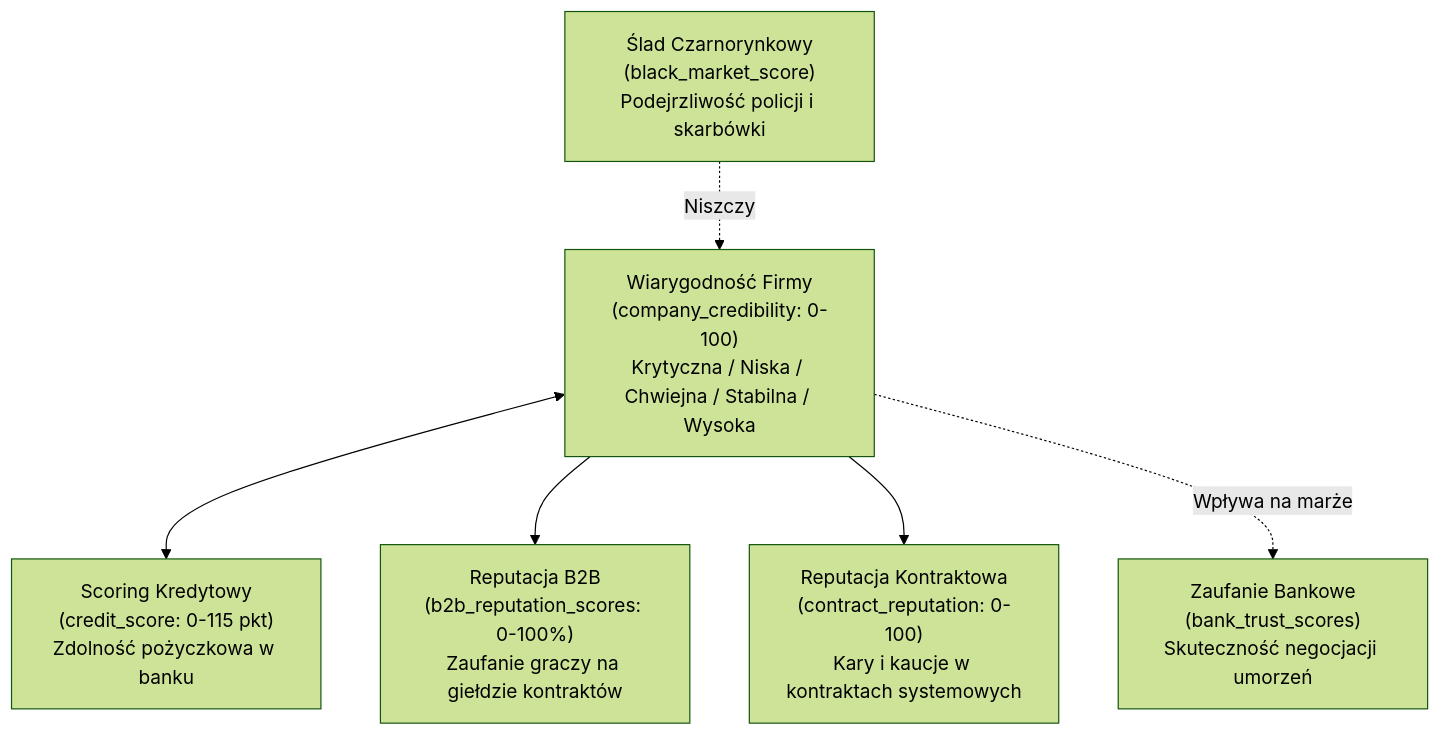
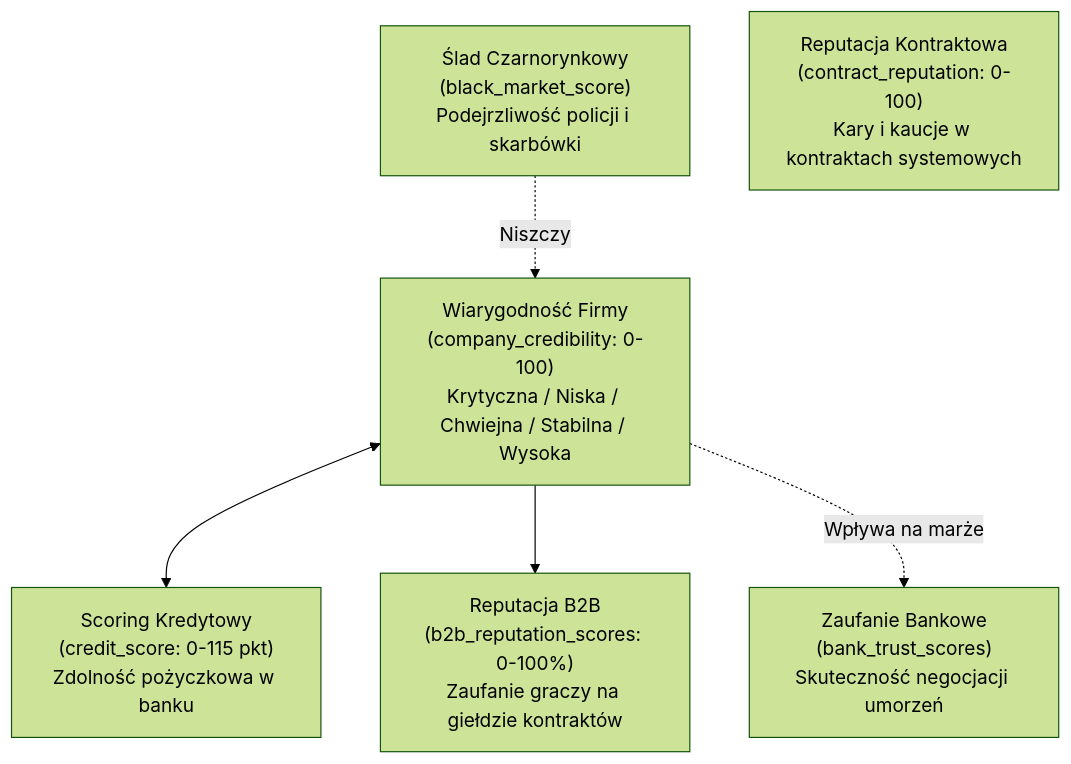
The first of 7 diagrams in docs/oilempire/OILEMPIRE_ARCHITEKTURA_SYSTEMOWA.md (Mario453-tech/www), drawn with Mermaid (forest theme) before and after one commit. The commit also changed other lines of this file, not shown here.

````diff
--- a/docs/oilempire/OILEMPIRE_ARCHITEKTURA_SYSTEMOWA.md
+++ b/docs/oilempire/OILEMPIRE_ARCHITEKTURA_SYSTEMOWA.md
@@ -105,15 +105,14 @@
 ```mermaid
 flowchart TD
     Cred["Wiarygodność Firmy\n(company_credibility: 0-100)\nKrytyczna / Niska / Chwiejna / Stabilna / Wysoka"]
     CreditScore["Scoring Kredytowy\n(credit_score: 0-115 pkt)\nZdolność pożyczkowa w banku"]
     BankTrust["Zaufanie Bankowe\n(bank_trust_scores)\nSkuteczność negocjacji umorzeń"]
     BlackMarket["Ślad Czarnorynkowy\n(black_market_score)\nPodejrzliwość policji i skarbówki"]
     B2BRep["Reputacja B2B\n(b2b_reputation_scores: 0-100%)\nZaufanie graczy na giełdzie kontraktów"]
     ContractRep["Reputacja Kontraktowa\n(contract_reputation: 0-100)\nKary i kaucje w kontraktach systemowych"]
 
     Cred <--> CreditScore
     Cred --> B2BRep
-    Cred --> ContractRep
     BlackMarket -.->|Niszczy| Cred
     Cred -.->|Wpływa na marże| BankTrust
 ```
````
